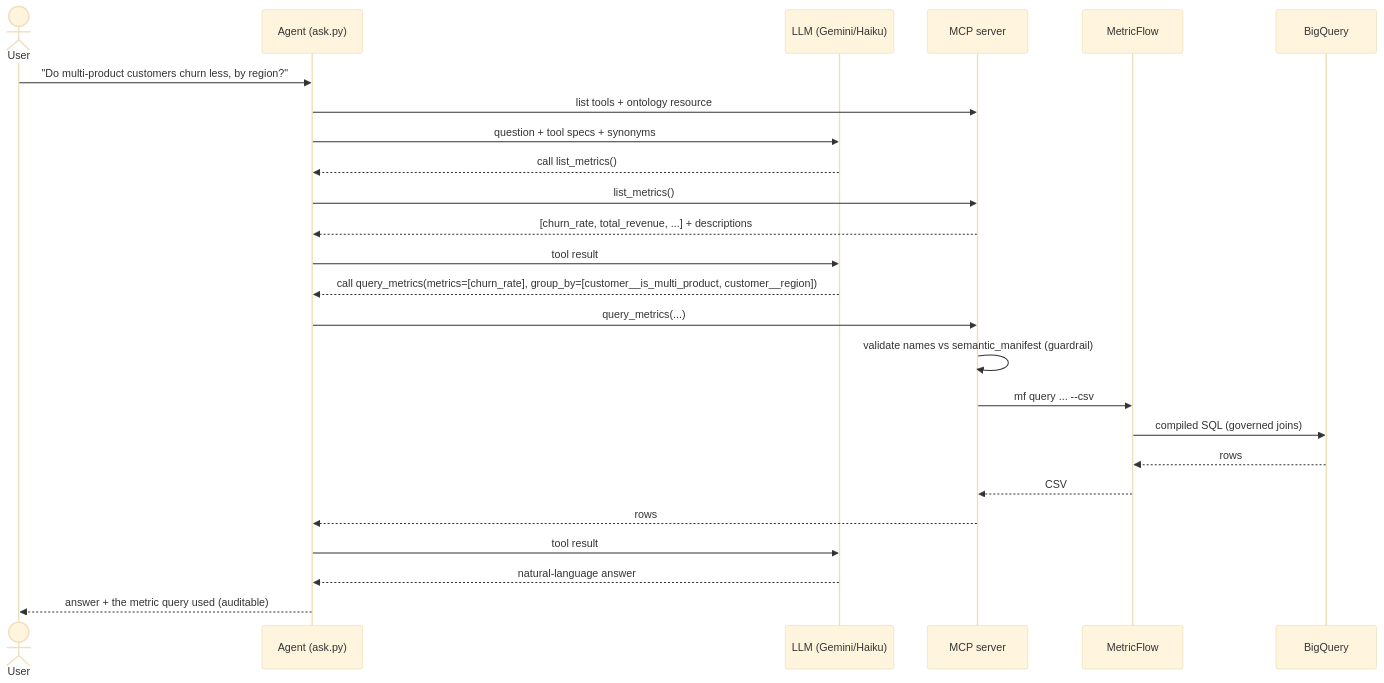
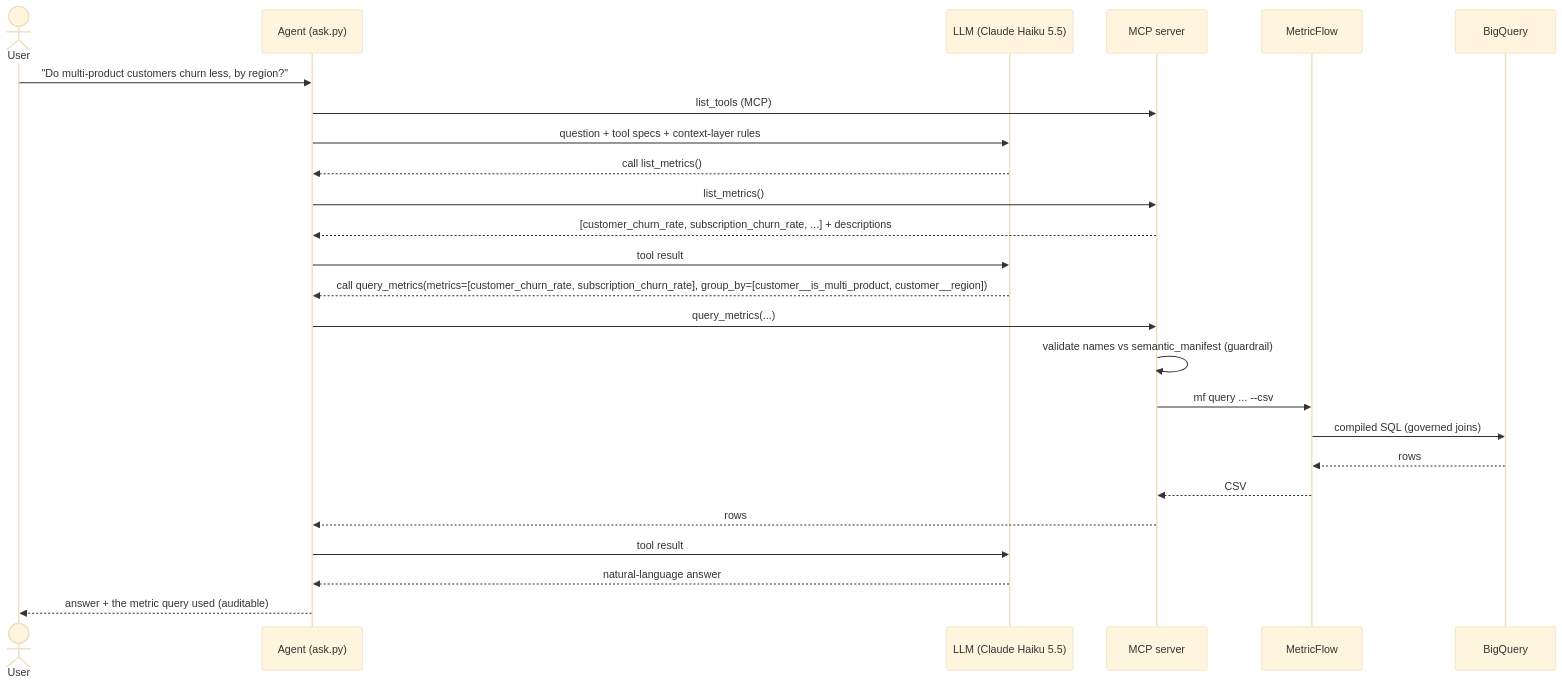
The diagram in docs/diagrams/nl-agent-sequence.md (nachhh/rutagroup), drawn with Mermaid (base theme) before and after one commit. The commit also changed other lines of this file and 11 other files, not shown here.

Commit message:
Phase 6: NL agent (Claude Haiku) over a local MCP server exposing semantic-layer and knowledge-graph tools with server-side guardrails; explicit ontology link KG <-> semantic layer (govern R7)

````diff
--- a/docs/diagrams/nl-agent-sequence.md
+++ b/docs/diagrams/nl-agent-sequence.md
@@ -3,28 +3,28 @@
 ```mermaid
 sequenceDiagram
   actor U as User
   participant A as Agent (ask.py)
-  participant L as LLM (Gemini/Haiku)
+  participant L as LLM (Claude Haiku 5.5)
   participant M as MCP server
   participant MF as MetricFlow
   participant BQ as BigQuery
 
   U->>A: "Do multi-product customers churn less, by region?"
-  A->>M: list tools + ontology resource
-  A->>L: question + tool specs + synonyms
+  A->>M: list_tools (MCP)
+  A->>L: question + tool specs + context-layer rules
   L-->>A: call list_metrics()
   A->>M: list_metrics()
-  M-->>A: [churn_rate, total_revenue, ...] + descriptions
+  M-->>A: [customer_churn_rate, subscription_churn_rate, ...] + descriptions
   A->>L: tool result
-  L-->>A: call query_metrics(metrics=[churn_rate], group_by=[customer__is_multi_product, customer__region])
+  L-->>A: call query_metrics(metrics=[customer_churn_rate, subscription_churn_rate], group_by=[customer__is_multi_product, customer__region])
   A->>M: query_metrics(...)
   M->>M: validate names vs semantic_manifest (guardrail)
   M->>MF: mf query ... --csv
   MF->>BQ: compiled SQL (governed joins)
   BQ-->>MF: rows
   MF-->>M: CSV
   M-->>A: rows
   A->>L: tool result
   L-->>A: natural-language answer
   A-->>U: answer + the metric query used (auditable)
 ```
````
